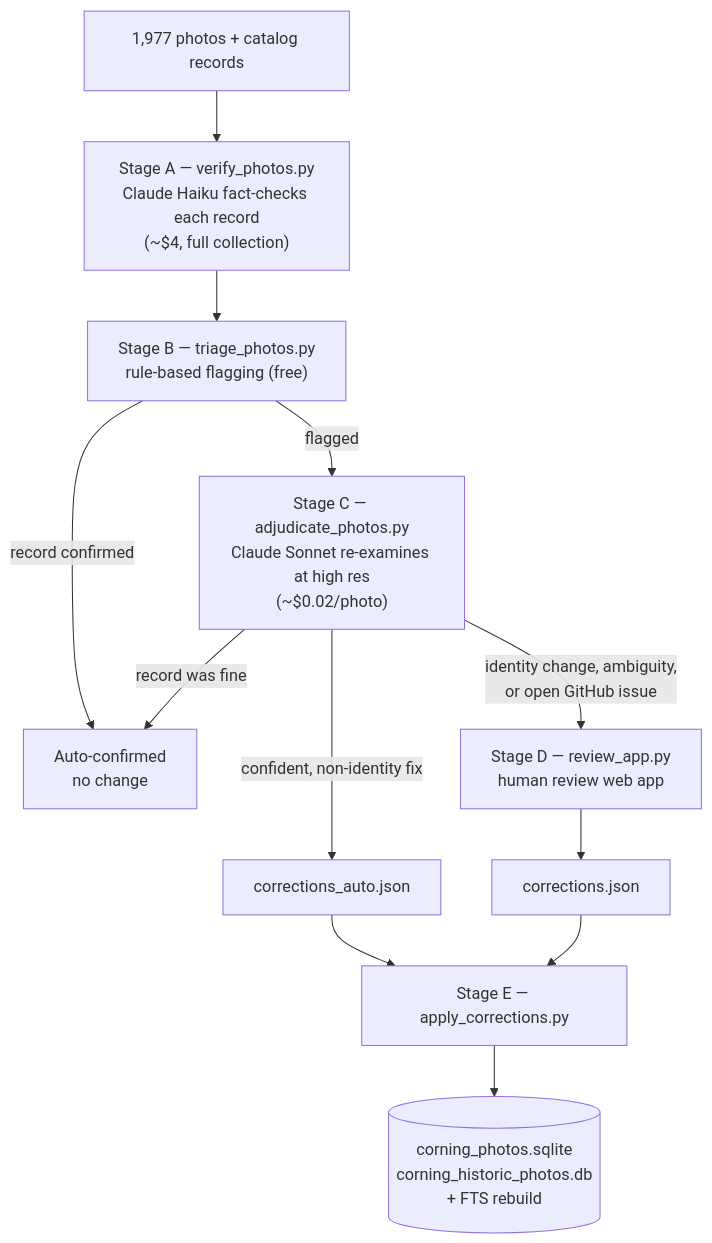
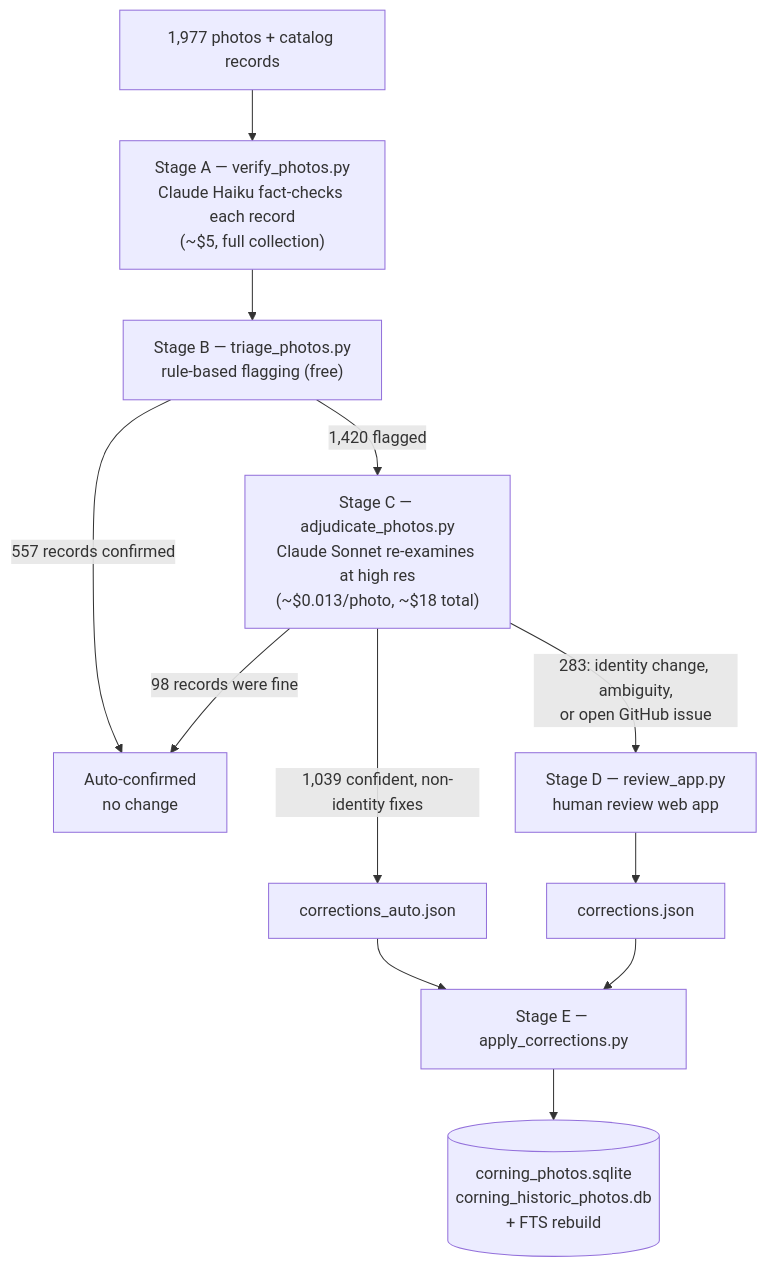
One commit to DaveKT/Corning-NY-Local-History-Photo-Archive changed the diagram in README.md. Above: the diagram before and after it, drawn with Mermaid. The commit also changed other lines of this file and 1 other file, not shown here.

First line of the commit message:
Update README and calibration report with full-run actuals

````diff
--- a/README.md
+++ b/README.md
@@ -66,14 +66,14 @@
 ```mermaid
 flowchart TD
-    A["1,977 photos + catalog records"] --> B["Stage A — verify_photos.py<br/>Claude Haiku fact-checks each record<br/>(~$4, full collection)"]
+    A["1,977 photos + catalog records"] --> B["Stage A — verify_photos.py<br/>Claude Haiku fact-checks each record<br/>(~$5, full collection)"]
     B --> C["Stage B — triage_photos.py<br/>rule-based flagging (free)"]
-    C -->|"record confirmed"| D["Auto-confirmed<br/>no change"]
-    C -->|"flagged"| E["Stage C — adjudicate_photos.py<br/>Claude Sonnet re-examines at high res<br/>(~$0.02/photo)"]
-    E -->|"record was fine"| D
-    E -->|"confident, non-identity fix"| F["corrections_auto.json"]
-    E -->|"identity change, ambiguity,<br/>or open GitHub issue"| G["Stage D — review_app.py<br/>human review web app"]
+    C -->|"557 records confirmed"| D["Auto-confirmed<br/>no change"]
+    C -->|"1,420 flagged"| E["Stage C — adjudicate_photos.py<br/>Claude Sonnet re-examines at high res<br/>(~$0.013/photo, ~$18 total)"]
+    E -->|"98 records were fine"| D
+    E -->|"1,039 confident, non-identity fixes"| F["corrections_auto.json"]
+    E -->|"283: identity change, ambiguity,<br/>or open GitHub issue"| G["Stage D — review_app.py<br/>human review web app"]
     G --> H["corrections.json"]
     F --> I["Stage E — apply_corrections.py"]
     H --> I
     I --> J[("corning_photos.sqlite<br/>corning_historic_photos.db<br/>+ FTS rebuild")]
 ```
````
